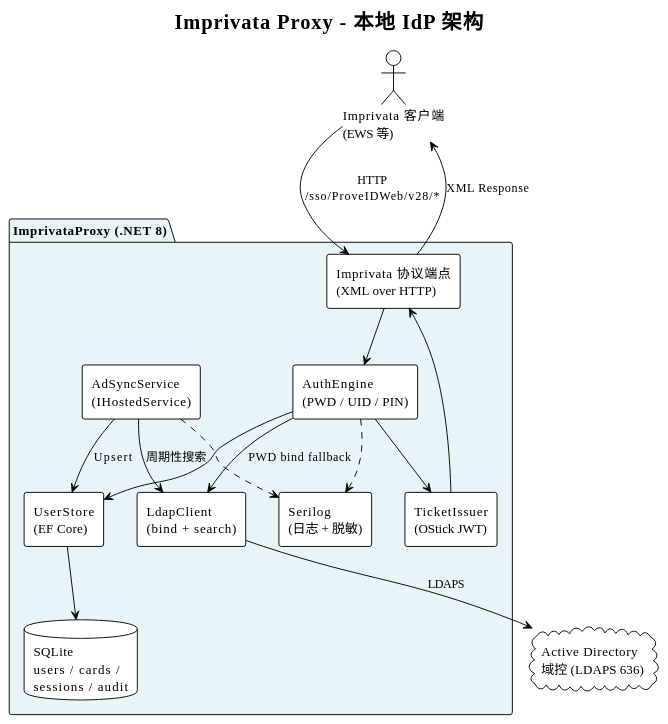
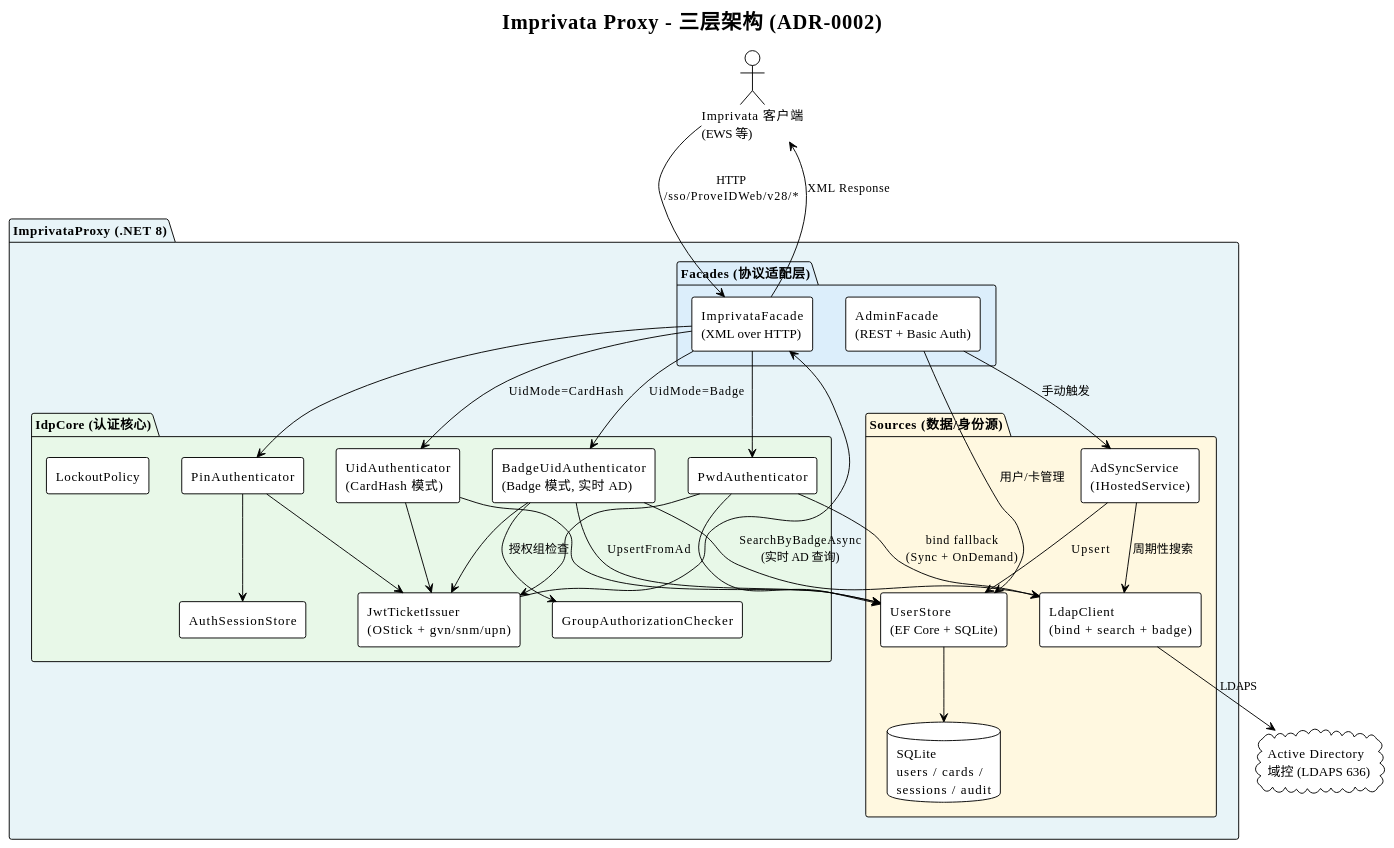
Before and after one commit to shamexln/ldap: the first of 4 diagrams in ImprivataProxy/designdoc/LDAP.md, drawn with PlantUML. The commit also changed other lines of this file and 61 other files, not shown here.

First line of the commit message:
feat: Badge-based AD authentication with group authorization

````diff
--- a/ImprivataProxy/designdoc/LDAP.md
+++ b/ImprivataProxy/designdoc/LDAP.md
@@ -210,43 +244,69 @@
 ```plantuml
 @startuml architecture
 !theme plain
-title Imprivata Proxy - 本地 IdP 架构
+title Imprivata Proxy - 三层架构 (ADR-0002)
 
 skinparam componentStyle rectangle
 skinparam backgroundColor white
 skinparam shadowing false
 
 actor "Imprivata 客户端\n(EWS 等)" as Client
 
 package "ImprivataProxy (.NET 8)" as Proxy #E8F4F8 {
-  component "Imprivata 协议端点\n(XML over HTTP)" as Endpoints
-  component "AuthEngine\n(PWD / UID / PIN)" as Auth
-  component "TicketIssuer\n(OStick JWT)" as Ticket
-  component "UserStore\n(EF Core)" as Store
-  component "LdapClient\n(bind + search)" as Ldap
-  component "AdSyncService\n(IHostedService)" as Sync
-  component "Serilog\n(日志 + 脱敏)" as Log
-  database "SQLite\nusers / cards /\nsessions / audit" as DB
+
+  package "Facades (协议适配层)" as Facades #DCEEFB {
+    component "ImprivataFacade\n(XML over HTTP)" as Endpoints
+    component "AdminFacade\n(REST + Basic Auth)" as Admin
+  }
+
+  package "IdpCore (认证核心)" as Core #E8F8E8 {
+    component "PwdAuthenticator" as PwdAuth
+    component "UidAuthenticator\n(CardHash 模式)" as UidAuth
+    component "BadgeUidAuthenticator\n(Badge 模式, 实时 AD)" as BadgeAuth
+    component "PinAuthenticator" as PinAuth
+    component "GroupAuthorizationChecker" as GroupCheck
+    component "AuthSessionStore" as Session
+    component "JwtTicketIssuer\n(OStick + gvn/snm/upn)" as Ticket
+    component "LockoutPolicy" as Lockout
+  }
+
+  package "Sources (数据/身份源)" as Sources #FFF8E0 {
+    component "UserStore\n(EF Core + SQLite)" as Store
+    component "LdapClient\n(bind + search + badge)" as Ldap
+    component "AdSyncService\n(IHostedService)" as Sync
+    database "SQLite\nusers / cards /\nsessions / audit" as DB
+  }
 }
 
 cloud "Active Directory\n域控 (LDAPS 636)" as AD
 
 Client --> Endpoints : HTTP\n/sso/ProveIDWeb/v28/*
-Endpoints --> Auth
-Auth --> Store
-Auth --> Ldap : PWD bind fallback
-Auth --> Ticket
+Endpoints --> PwdAuth
+Endpoints --> UidAuth : UidMode=CardHash
+Endpoints --> BadgeAuth : UidMode=Badge
+Endpoints --> PinAuth
+PwdAuth --> Store
+PwdAuth --> Ldap : bind fallback\n(Sync + OnDemand)
+PwdAuth --> Ticket
+UidAuth --> Store
+UidAuth --> Ticket
+BadgeAuth --> Ldap : SearchByBadgeAsync\n(实时 AD 查询)
+BadgeAuth --> GroupCheck : 授权组检查
+BadgeAuth --> Store : UpsertFromAd
+BadgeAuth --> Ticket
+PinAuth --> Session
+PinAuth --> Ticket
 Ticket --> Endpoints
 Endpoints --> Client : XML Response
+
+Admin --> Store : 用户/卡管理
+Admin --> Sync : 手动触发
 
 Sync --> Ldap : 周期性搜索
 Sync --> Store : Upsert
 
 Ldap --> AD : LDAPS
-
 Store --> DB
-Auth ..> Log
-Sync ..> Log
 
 @enduml
 ```
````
